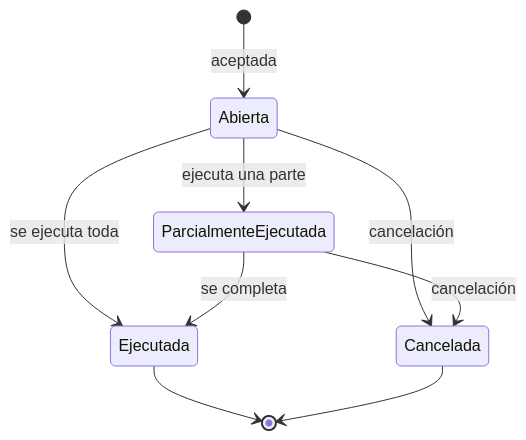
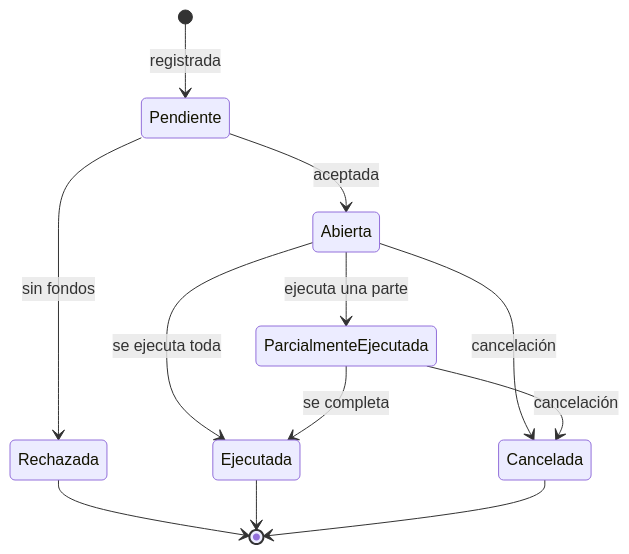
One commit to rdzPedraos/order-book changed the diagram in docs/PDR/order-book-vibranium.md. Above: the diagram before and after it, drawn with Mermaid. The commit also changed other lines of this file, not shown here.

````diff
--- a/docs/PDR/order-book-vibranium.md
+++ b/docs/PDR/order-book-vibranium.md
@@ -109,11 +124,14 @@
 ```mermaid
 stateDiagram-v2
-    [*] --> Abierta: aceptada
+    [*] --> Pendiente: registrada
+    Pendiente --> Rechazada: sin fondos
+    Pendiente --> Abierta: aceptada
+    Rechazada --> [*]
     Abierta --> ParcialmenteEjecutada: ejecuta una parte
     Abierta --> Ejecutada: se ejecuta toda
     Abierta --> Cancelada: cancelación
     ParcialmenteEjecutada --> Ejecutada: se completa
     ParcialmenteEjecutada --> Cancelada: cancelación
     Ejecutada --> [*]
     Cancelada --> [*]
 ```
````
